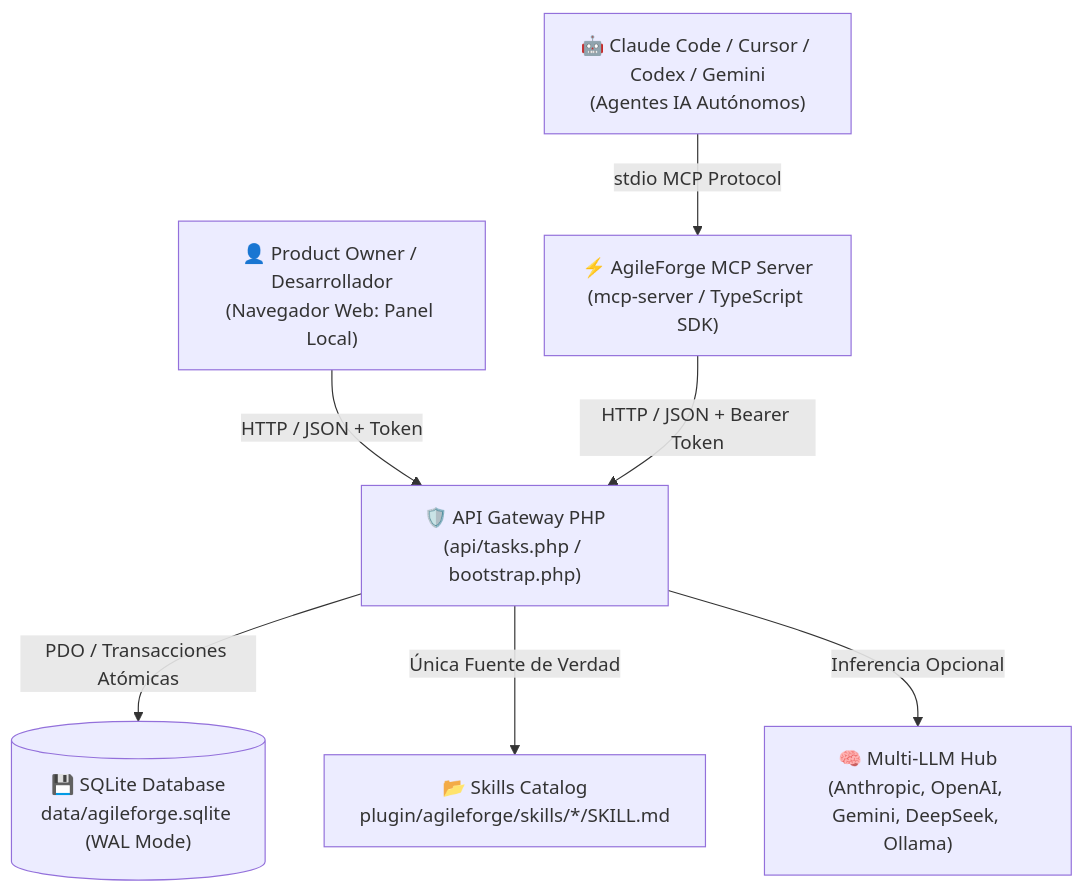
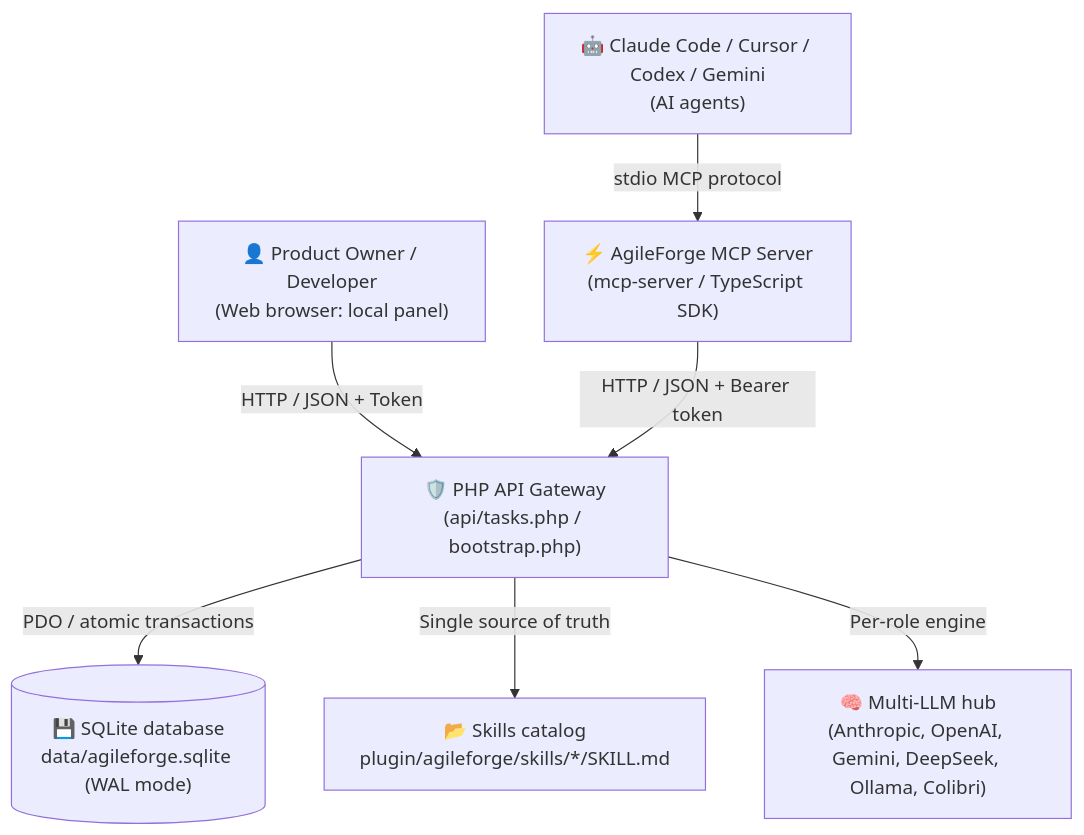
Before and after one commit to JSOTELD/Agile-Forge: the first of 2 diagrams in README.md, drawn with Mermaid. The commit also changed other lines of this file and 135 other files, not shown here.

````diff
--- a/README.md
+++ b/README.md
@@ -12,9 +20,9 @@
 ```mermaid
 graph TD
-    A["👤 Product Owner / Desarrollador<br>(Navegador Web: Panel Local)"] -->|HTTP / JSON + Token| B["🛡️ API Gateway PHP<br>(api/tasks.php / bootstrap.php)"]
-    C["🤖 Claude Code / Cursor / Codex / Gemini<br>(Agentes IA Autónomos)"] -->|stdio MCP Protocol| D["⚡ AgileForge MCP Server<br>(mcp-server / TypeScript SDK)"]
-    D -->|HTTP / JSON + Bearer Token| B
-    B -->|PDO / Transacciones Atómicas| E[("💾 SQLite Database<br>data/agileforge.sqlite (WAL Mode)")]
-    B -->|Única Fuente de Verdad| F["📂 Skills Catalog<br>plugin/agileforge/skills/*/SKILL.md"]
-    B -->|Inferencia Opcional| G["🧠 Multi-LLM Hub<br>(Anthropic, OpenAI, Gemini, DeepSeek, Ollama)"]
+    A["👤 Product Owner / Developer<br>(Web browser: local panel)"] -->|HTTP / JSON + Token| B["🛡️ PHP API Gateway<br>(api/tasks.php / bootstrap.php)"]
+    C["🤖 Claude Code / Cursor / Codex / Gemini<br>(AI agents)"] -->|stdio MCP protocol| D["⚡ AgileForge MCP Server<br>(mcp-server / TypeScript SDK)"]
+    D -->|HTTP / JSON + Bearer token| B
+    B -->|PDO / atomic transactions| E[("💾 SQLite database<br>data/agileforge.sqlite (WAL mode)")]
+    B -->|Single source of truth| F["📂 Skills catalog<br>plugin/agileforge/skills/*/SKILL.md"]
+    B -->|Per-role engine| G["🧠 Multi-LLM hub<br>(Anthropic, OpenAI, Gemini, DeepSeek, Ollama, Colibri)"]
 ```
````
